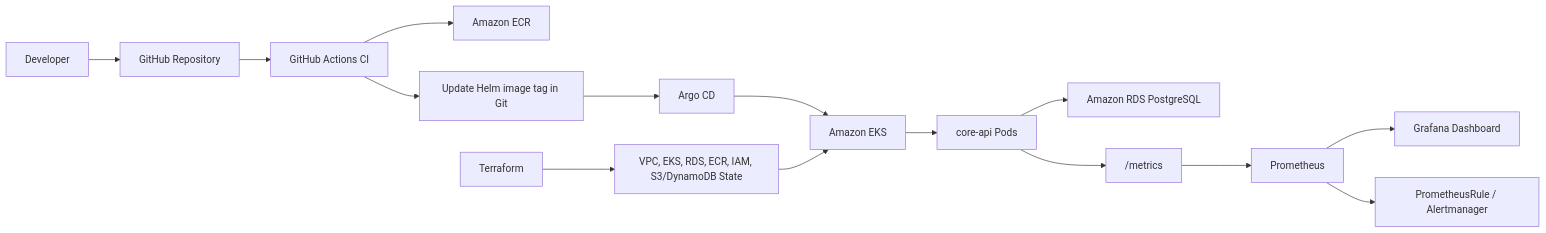
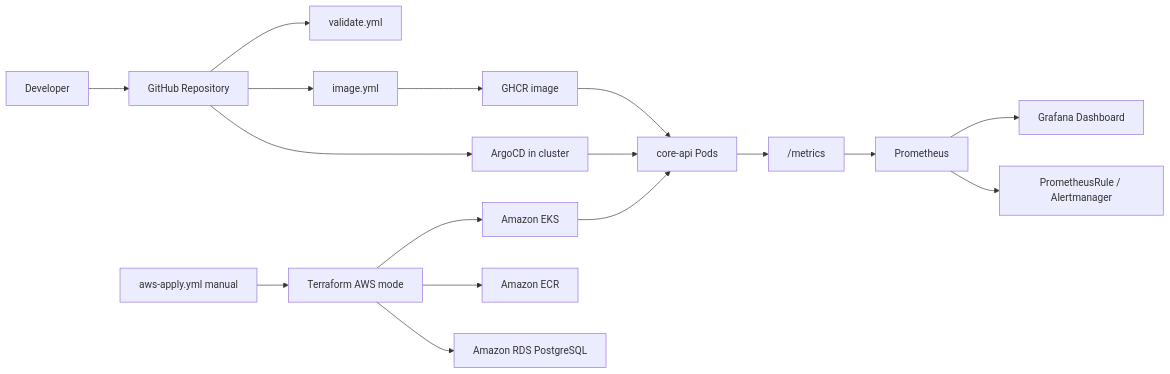
The diagram in README.md (jimmy-do/k8s-gitops-delivery-platform), drawn with Mermaid before and after one commit. The commit also changed other lines of this file and 1 other file, not shown here.

````diff
--- a/README.md
+++ b/README.md
@@ -21,17 +39,19 @@
 ```mermaid
 flowchart LR
   Dev["Developer"] --> GitHub["GitHub Repository"]
-  GitHub --> Actions["GitHub Actions CI"]
-  Actions --> ECR["Amazon ECR"]
-  Actions --> GitUpdate["Update Helm image tag in Git"]
-  GitUpdate --> Argo["Argo CD"]
-  Argo --> EKS["Amazon EKS"]
+  GitHub --> Validate["validate.yml"]
+  GitHub --> Image["image.yml"]
+  Image --> GHCR["GHCR image"]
+  GitHub --> Argo["ArgoCD in cluster"]
+  GHCR --> App["core-api Pods"]
+  Argo --> App
+  AWSApply["aws-apply.yml manual"] --> Terraform["Terraform AWS mode"]
+  Terraform --> EKS["Amazon EKS"]
+  Terraform --> ECR["Amazon ECR"]
+  Terraform --> RDS["Amazon RDS PostgreSQL"]
   EKS --> App["core-api Pods"]
-  App --> RDS["Amazon RDS PostgreSQL"]
   App --> Metrics["/metrics"]
   Metrics --> Prom["Prometheus"]
   Prom --> Grafana["Grafana Dashboard"]
   Prom --> Alerts["PrometheusRule / Alertmanager"]
-  Terraform["Terraform"] --> AWS["VPC, EKS, RDS, ECR, IAM, S3/DynamoDB State"]
-  AWS --> EKS
 ```
````
